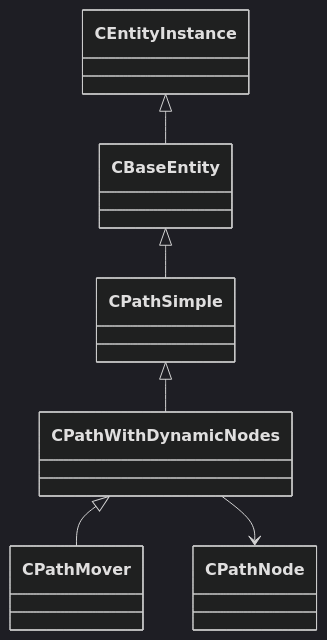
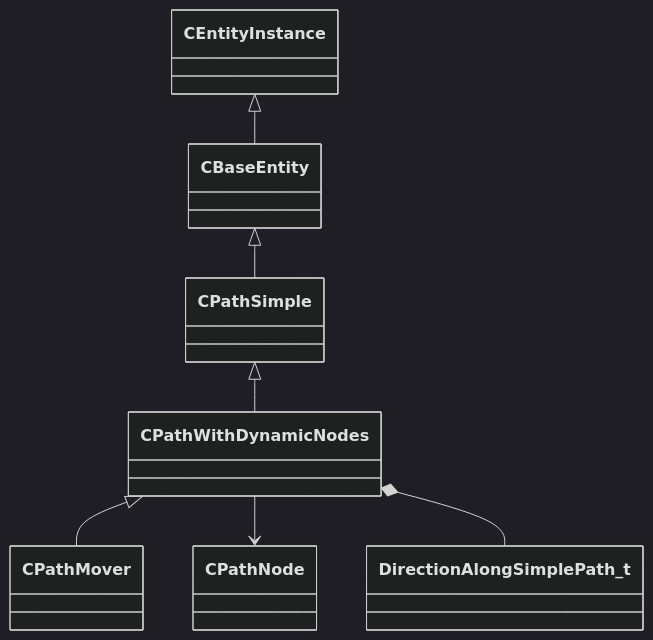
One commit to CS2OpenDev/CS2OpenDev-Docs changed the diagram in docs/generated/schemas/server/CPathWithDynamicNodes.md. Above: the diagram before and after it, drawn with Mermaid (dark theme). The commit also changed other lines of this file and 4654 other files, not shown here.

Commit message:
docs: regenerate for SchemaTracker build 25947352 [skip ci]

````diff
--- a/docs/generated/schemas/server/CPathWithDynamicNodes.md
+++ b/docs/generated/schemas/server/CPathWithDynamicNodes.md
@@ -23,8 +23,9 @@
 ```mermaid
 classDiagram
     CPathSimple <|-- CPathWithDynamicNodes
     CBaseEntity <|-- CPathSimple
     CEntityInstance <|-- CBaseEntity
     CPathWithDynamicNodes <|-- CPathMover
     CPathWithDynamicNodes --> CPathNode
+    CPathWithDynamicNodes *-- DirectionAlongSimplePath_t
 ```
````
